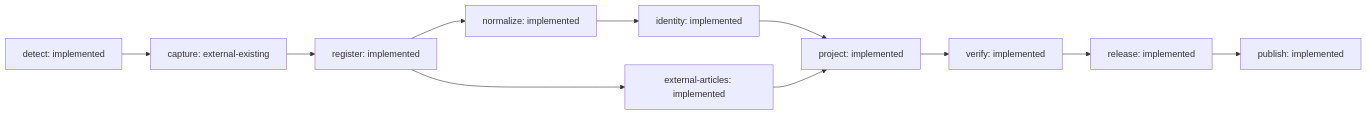
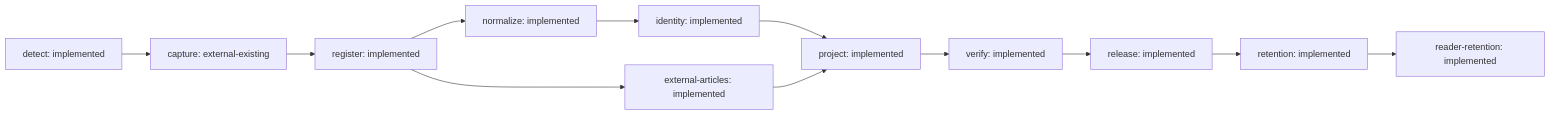
The second of 2 diagrams in docs/REPOSITORIES.md (rk-gamemods/HumanHostWiki), drawn with Mermaid before and after one commit. The commit also changed other lines of this file and 22 other files, not shown here.

````diff
--- a/docs/REPOSITORIES.md
+++ b/docs/REPOSITORIES.md
@@ -77,23 +77,25 @@
 ```mermaid
 flowchart LR
   detect["detect: implemented"]
   capture["capture: external-existing"]
   detect --> capture
   register["register: implemented"]
   capture --> register
   external-articles["external-articles: implemented"]
   register --> external-articles
   normalize["normalize: implemented"]
   register --> normalize
   identity["identity: implemented"]
   normalize --> identity
   project["project: implemented"]
   identity --> project
   external-articles --> project
   verify["verify: implemented"]
   project --> verify
   release["release: implemented"]
   verify --> release
-  publish["publish: implemented"]
-  release --> publish
+  retention["retention: implemented"]
+  release --> retention
+  reader-retention["reader-retention: implemented"]
+  retention --> reader-retention
 ```
````
